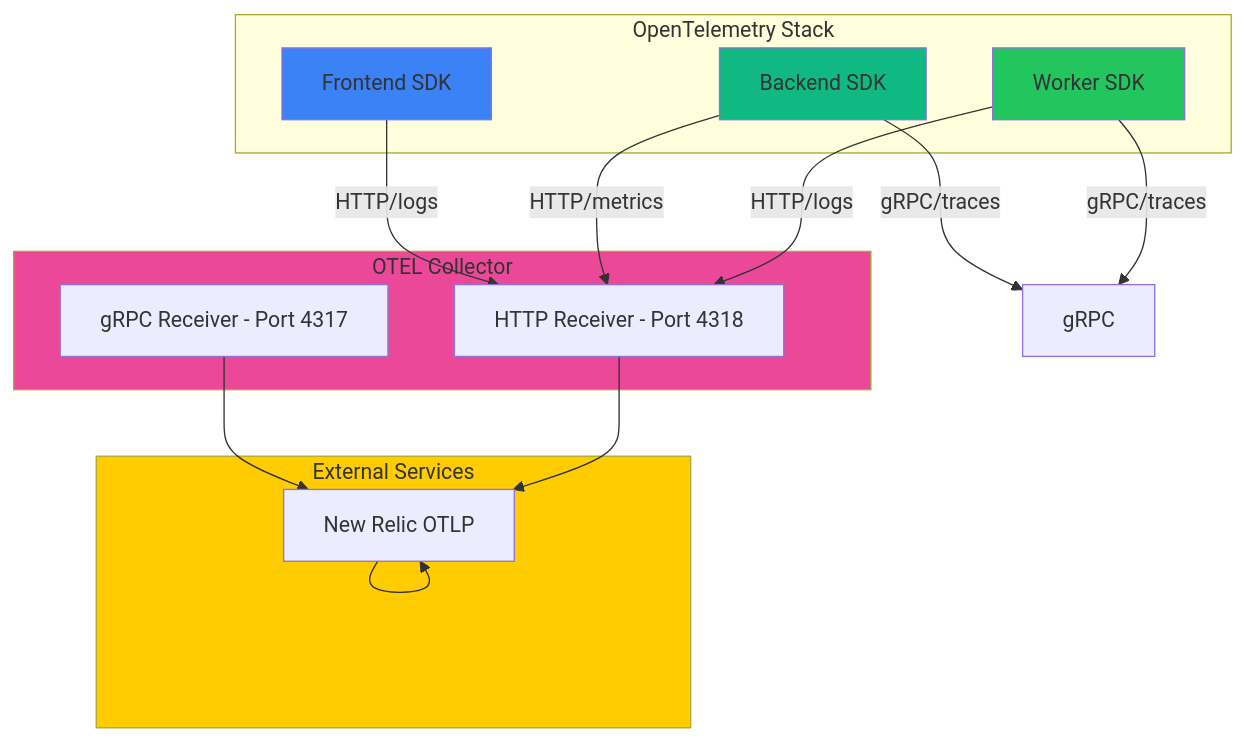
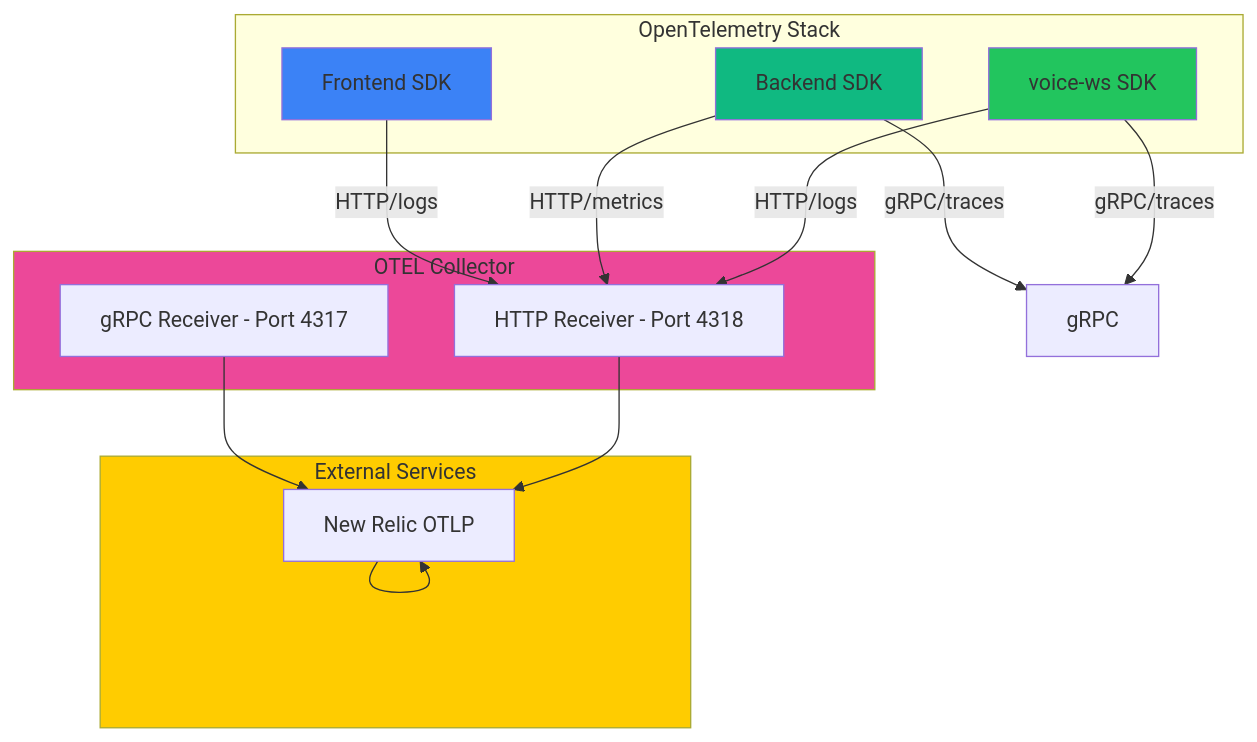
The eighth of 9 diagrams in docs/01_architecture/system_architecture.md (gauravdhiman/a1-voice-agent-platform), drawn with Mermaid before and after one commit. The commit also changed other lines of this file and 163 other files, not shown here.

Commit message:
feat(voice): remove LiveKit worker; Pipecat voice-ws is the only voice runtime

````diff
--- a/docs/01_architecture/system_architecture.md
+++ b/docs/01_architecture/system_architecture.md
@@ -713,33 +713,33 @@
 ```mermaid
 graph TB
     subgraph OTEL[OpenTelemetry Stack]
         FE[Frontend SDK]
         BE[Backend SDK]
-        WK[Worker SDK]
+        WK[voice-ws SDK]
     end
 
     subgraph Collector[OTEL Collector]
         GRPC[gRPC Receiver - Port 4317]
         HTTP[HTTP Receiver - Port 4318]
     end
 
     subgraph Exporters[External Services]
         NR[New Relic OTLP]
     end
 
     FE -->|HTTP/logs|HTTP
     BE -->|gRPC/traces|gRPC
     BE -->|HTTP/metrics|HTTP
     WK -->|gRPC/traces|gRPC
     WK -->|HTTP/logs|HTTP
 
     GRPC --> NR
     HTTP --> NR
     NR --> NR
 
     style FE fill:#3b82f6
     style BE fill:#10b981
     style WK fill:#22c55e
     style Collector fill:#ec4899
     style Exporters fill:#ffcc00
 ```
````
